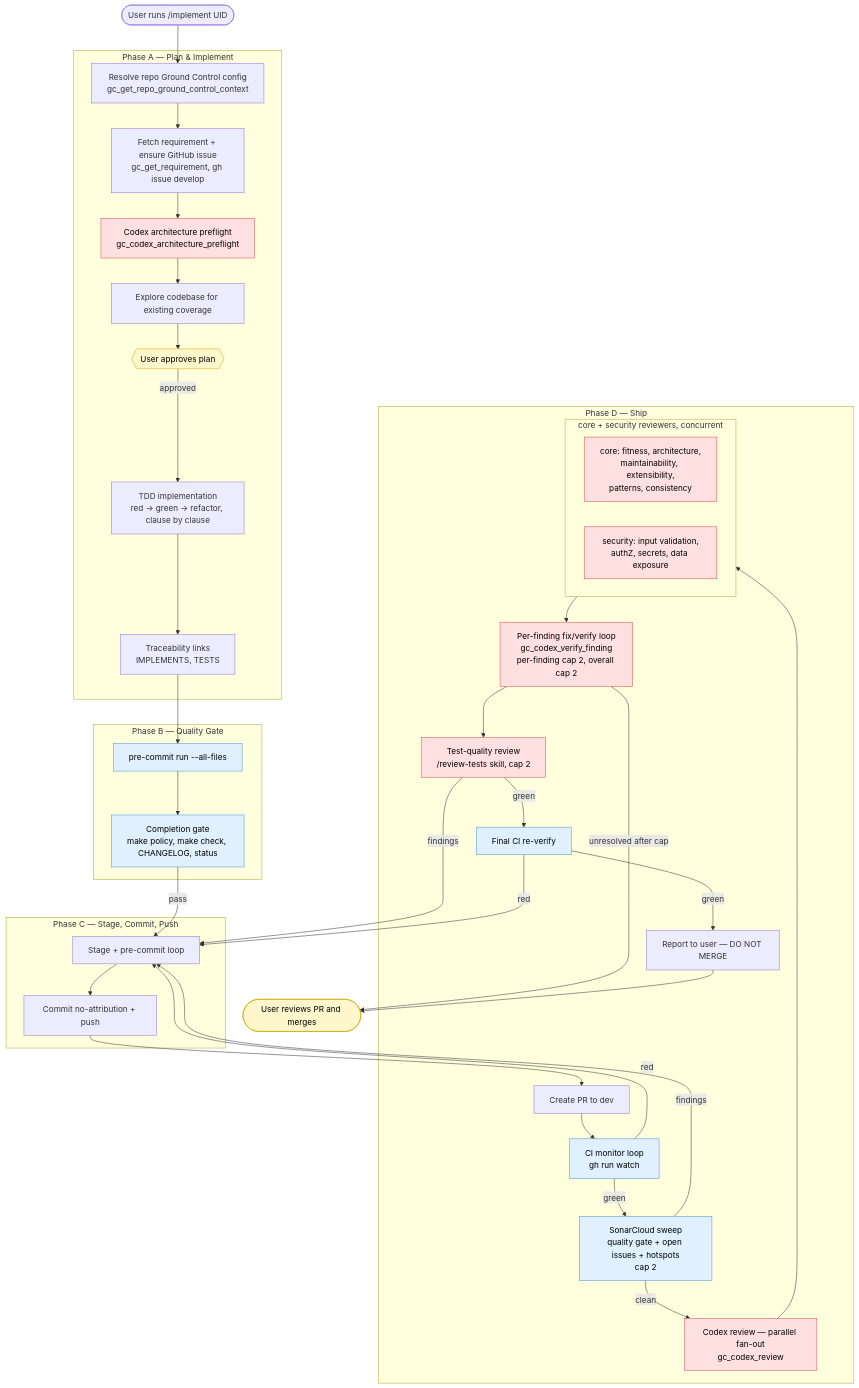
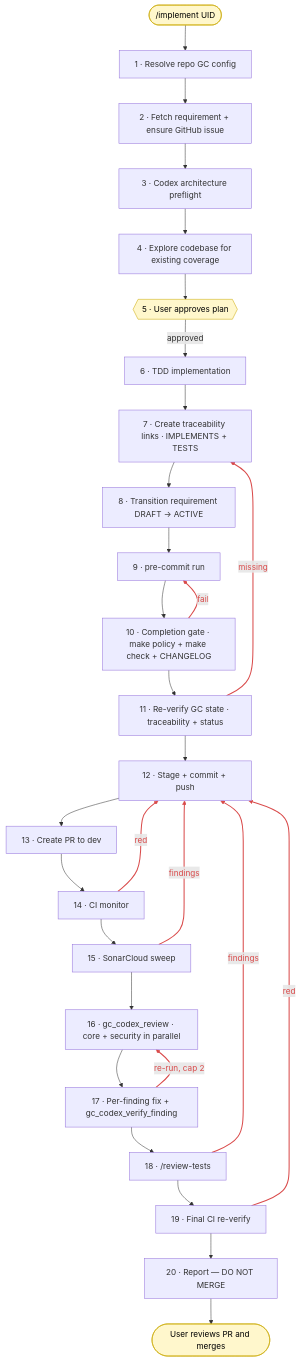
One commit to KeplerOps/Ground-Control changed the diagram in docs/DEVELOPMENT_WORKFLOW.md. Above: the diagram before and after it, drawn with Mermaid. The commit also changed other lines of this file, not shown here.

Commit message:
Simplify /implement workflow diagram to flat steps + labeled loops
Linear top-down chain of 20 steps. Each loop-bearing step has an explicit
labeled back-arrow to its loop start:

  10 → 9   (completion gate fail)
  11 → 7   (missing traceability or wrong status)
  14 → 12  (CI red)
  15 → 12  (SonarCloud findings)
  17 → 16  (re-run codex review after fix cycle, cap 2)
  18 → 12  (test-quality review findings)
  19 → 12  (final CI red)

Loopback edges styled red so they stand out from the forward flow. User
touchpoints (start, plan approval, final merge) stay yellow. No phase
subgraphs, no nested fan-out diagram.

````diff
--- a/docs/DEVELOPMENT_WORKFLOW.md
+++ b/docs/DEVELOPMENT_WORKFLOW.md
@@ -57,68 +57,60 @@
 ```mermaid
-flowchart TD
-  Start([User runs /implement UID])
-
-  subgraph PhaseA[Phase A — Plan & Implement]
-    A1[Resolve repo Ground Control config<br/>gc_get_repo_ground_control_context]
-    A2[Fetch requirement + ensure GitHub issue<br/>gc_get_requirement, gh issue develop]
-    A3[Codex architecture preflight<br/>gc_codex_architecture_preflight]
-    A4[Explore codebase for existing coverage]
-    PlanApproval{{User approves plan}}
-    A5[TDD implementation<br/>red → green → refactor, clause by clause]
-    A6[Traceability links<br/>IMPLEMENTS, TESTS]
-  end
-
-  subgraph PhaseB[Phase B — Quality Gate]
-    B1[pre-commit run --all-files]
-    B2[Completion gate<br/>make policy, make check, CHANGELOG, status]
-  end
-
-  subgraph PhaseC[Phase C — Stage, Commit, Push]
-    C1[Stage + pre-commit loop]
-    C2[Commit no-attribution + push]
-  end
-
-  subgraph PhaseD[Phase D — Ship]
-    D1[Create PR to dev]
-    D2[CI monitor loop<br/>gh run watch]
-    D3[SonarCloud sweep<br/>quality gate + open issues + hotspots<br/>cap 2]
-    D4[Codex review — parallel fan-out<br/>gc_codex_review]
-    subgraph FanOut[core + security reviewers, concurrent]
-      direction LR
-      D4a[core: fitness, architecture,<br/>maintainability, extensibility,<br/>patterns, consistency]
-      D4b[security: input validation,<br/>authZ, secrets, data exposure]
-    end
-    D4 --> FanOut
-    D5[Per-finding fix/verify loop<br/>gc_codex_verify_finding<br/>per-finding cap 2, overall cap 2]
-    D6[Test-quality review<br/>/review-tests skill, cap 2]
-    D7[Final CI re-verify]
-    D8[Report to user — DO NOT MERGE]
-  end
-
+flowchart TB
+  Start([/implement UID])
+  S1[1 · Resolve repo GC config]
+  S2[2 · Fetch requirement + ensure GitHub issue]
+  S3[3 · Codex architecture preflight]
+  S4[4 · Explore codebase for existing coverage]
+  S5{{5 · User approves plan}}
+  S6[6 · TDD implementation]
+  S7[7 · Create traceability links · IMPLEMENTS + TESTS]
+  S8[8 · Transition requirement DRAFT → ACTIVE]
+  S9[9 · pre-commit run]
+  S10[10 · Completion gate · make policy + make check + CHANGELOG]
+  S11[11 · Re-verify GC state · traceability + status]
+  S12[12 · Stage + commit + push]
+  S13[13 · Create PR to dev]
+  S14[14 · CI monitor]
+  S15[15 · SonarCloud sweep]
+  S16[16 · gc_codex_review · core + security in parallel]
+  S17[17 · Per-finding fix + gc_codex_verify_finding]
+  S18[18 · /review-tests]
+  S19[19 · Final CI re-verify]
+  S20[20 · Report — DO NOT MERGE]
   End([User reviews PR and merges])
 
-  Start --> A1 --> A2 --> A3 --> A4 --> PlanApproval
-  PlanApproval -- approved --> A5 --> A6
-  A6 --> B1 --> B2
-  B2 -- pass --> C1 --> C2
-  C2 --> D1 --> D2
-  D2 -- green --> D3
-  D2 -- red --> C1
-  D3 -- clean --> D4
-  D3 -- findings --> C1
-  FanOut --> D5
-  D5 --> D6
-  D5 -- unresolved after cap --> End
-  D6 -- green --> D7
-  D6 -- findings --> C1
-  D7 -- green --> D8
-  D7 -- red --> C1
-  D8 --> End
+  Start --> S1
+  S1 --> S2
+  S2 --> S3
+  S3 --> S4
+  S4 --> S5
+  S5 -->|approved| S6
+  S6 --> S7
+  S7 --> S8
+  S8 --> S9
+  S9 --> S10
+  S10 --> S11
+  S11 --> S12
+  S12 --> S13
+  S13 --> S14
+  S14 --> S15
+  S15 --> S16
+  S16 --> S17
+  S17 --> S18
+  S18 --> S19
+  S19 --> S20
+  S20 --> End
+
+  S10 -->|fail| S9
+  S11 -->|missing| S7
+  S14 -->|red| S12
+  S15 -->|findings| S12
+  S17 -->|re-run, cap 2| S16
+  S18 -->|findings| S12
+  S19 -->|red| S12
 
   classDef user fill:#fff7cc,stroke:#c9a900,color:#000
-  classDef gate fill:#e0f0ff,stroke:#4a90d9,color:#000
-  classDef review fill:#ffe0e0,stroke:#d94a4a,color:#000
-  class PlanApproval,End user
-  class B1,B2,D2,D3,D7 gate
-  class A3,D4,D4a,D4b,D5,D6 review
+  class S5,Start,End user
+
+  linkStyle 21,22,23,24,25,26,27 stroke:#d94a4a,stroke-width:2px,color:#d94a4a
 ```
````
